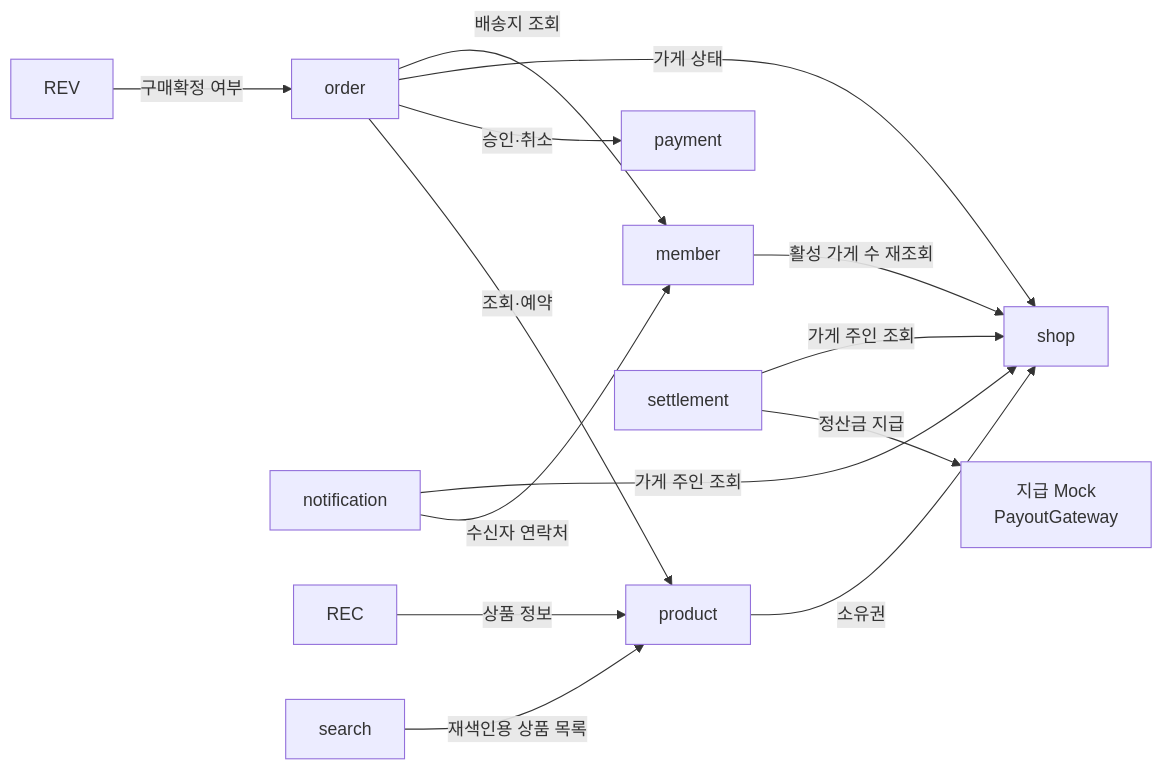
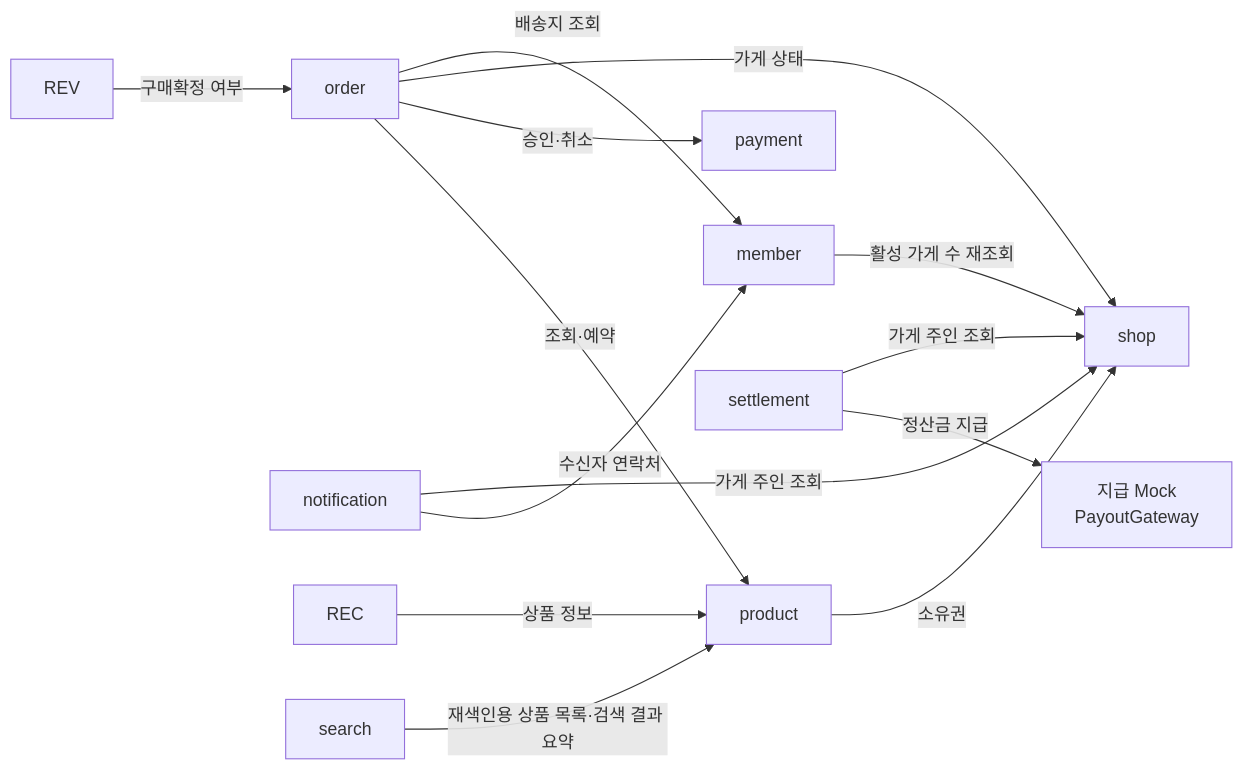
One commit to 95twan/myroutine-v2 changed the second of 2 diagrams in docs/02-design/02-architecture-stage1.md. Above: the diagram before and after it, drawn with Mermaid. The commit also changed other lines of this file and 9 other files, not shown here.

First line of the commit message:
docs(roadmap): Part 5 프론트 빈칸 G18~G23 반영

````diff
--- a/docs/02-design/02-architecture-stage1.md
+++ b/docs/02-design/02-architecture-stage1.md
@@ -55,16 +56,16 @@
 ```mermaid
 flowchart LR
   ORD[order] -->|조회·예약| PRD[product]
   ORD -->|승인·취소| PAY[payment]
   ORD -->|가게 상태| SHOP[shop]
   ORD -->|배송지 조회| MEM[member]
   STL[settlement] -->|정산금 지급| PO[지급 Mock<br/>PayoutGateway]
   STL -->|가게 주인 조회| SHOP
   NTF[notification] -->|수신자 연락처| MEM
   NTF -->|가게 주인 조회| SHOP
   PRD -->|소유권| SHOP
   MEM -->|활성 가게 수 재조회| SHOP
   REV -->|구매확정 여부| ORD
   REC -->|상품 정보| PRD
-  SRC[search] -->|재색인용 상품 목록| PRD
+  SRC[search] -->|재색인용 상품 목록·검색 결과 요약| PRD
 ```
````
